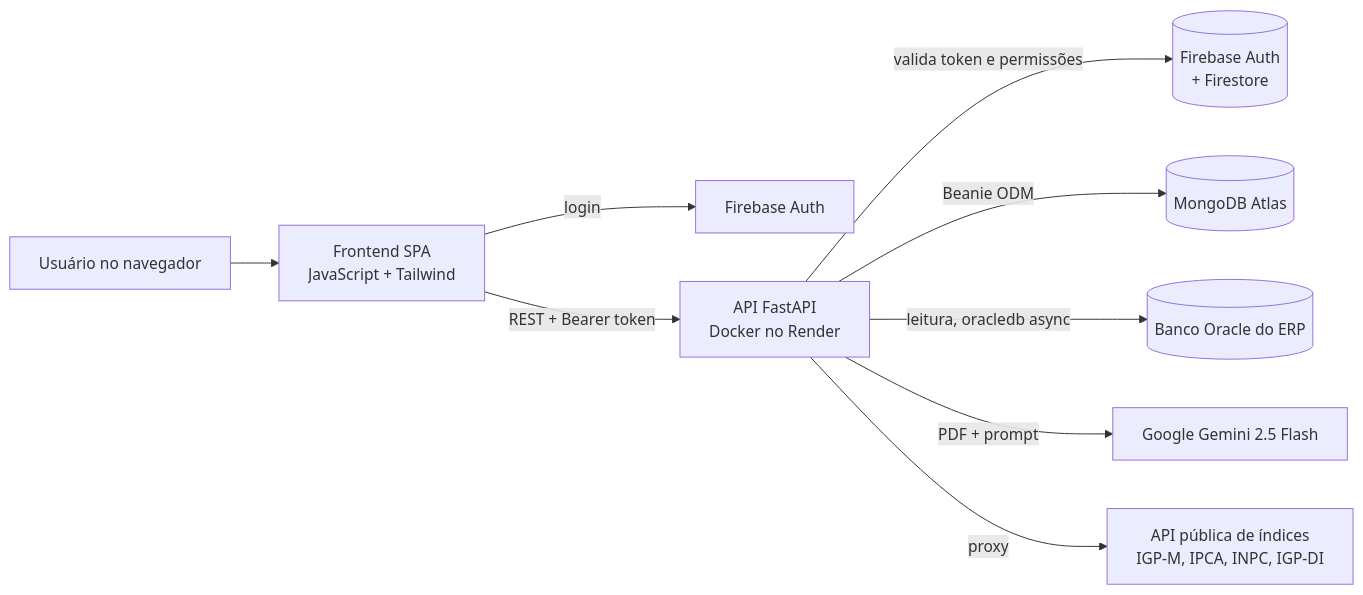
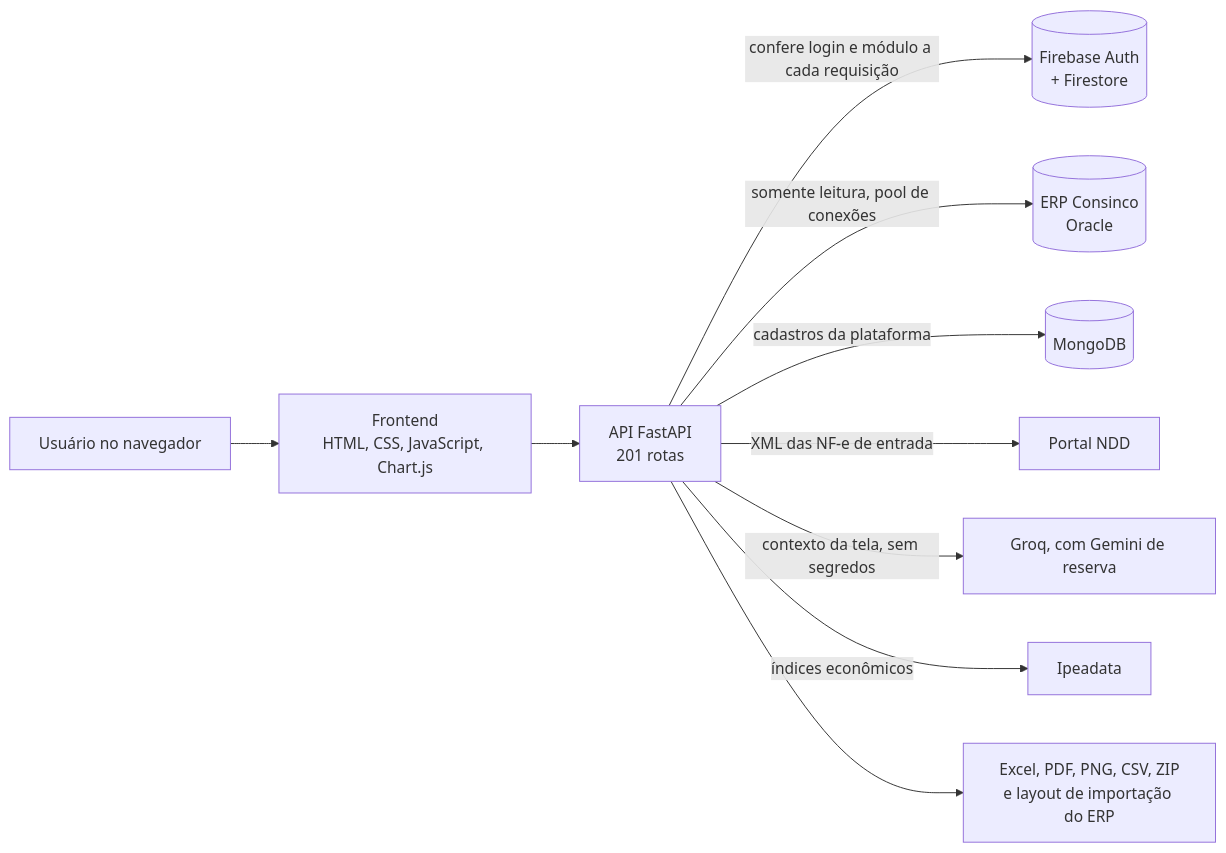
Before and after one commit to FassoloLucas/gestao-contratos-locacao-ia: the diagram in README.md, drawn with Mermaid. The commit also changed other lines of this file and 3 other files, not shown here.

````diff
--- a/README.md
+++ b/README.md
@@ -41,11 +50,12 @@
 ```mermaid
 flowchart LR
-    U[Usuário no navegador] --> FE[Frontend SPA<br/>JavaScript + Tailwind]
-    FE -- login --> FA[Firebase Auth]
-    FE -- REST + Bearer token --> API[API FastAPI<br/>Docker no Render]
-    API -- valida token e permissões --> FB[(Firebase Auth<br/>+ Firestore)]
-    API -- Beanie ODM --> M[(MongoDB Atlas)]
-    API -- leitura, oracledb async --> O[(Banco Oracle do ERP)]
-    API -- PDF + prompt --> G[Google Gemini 2.5 Flash]
-    API -- proxy --> I[API pública de índices<br/>IGP-M, IPCA, INPC, IGP-DI]
+    U[Usuário no navegador] --> FE[Frontend<br/>HTML, CSS, JavaScript, Chart.js]
+    FE --> API[API FastAPI<br/>201 rotas]
+    API -- confere login e módulo a cada requisição --> FB[(Firebase Auth<br/>+ Firestore)]
+    API -- somente leitura, pool de conexões --> O[(ERP Consinco<br/>Oracle)]
+    API -- cadastros da plataforma --> M[(MongoDB)]
+    API -- XML das NF-e de entrada --> N[Portal NDD]
+    API -- contexto da tela, sem segredos --> IA[Groq, com Gemini de reserva]
+    API -- índices econômicos --> IP[Ipeadata]
+    API --> X[Excel, PDF, PNG, CSV, ZIP<br/>e layout de importação do ERP]
 ```
````
